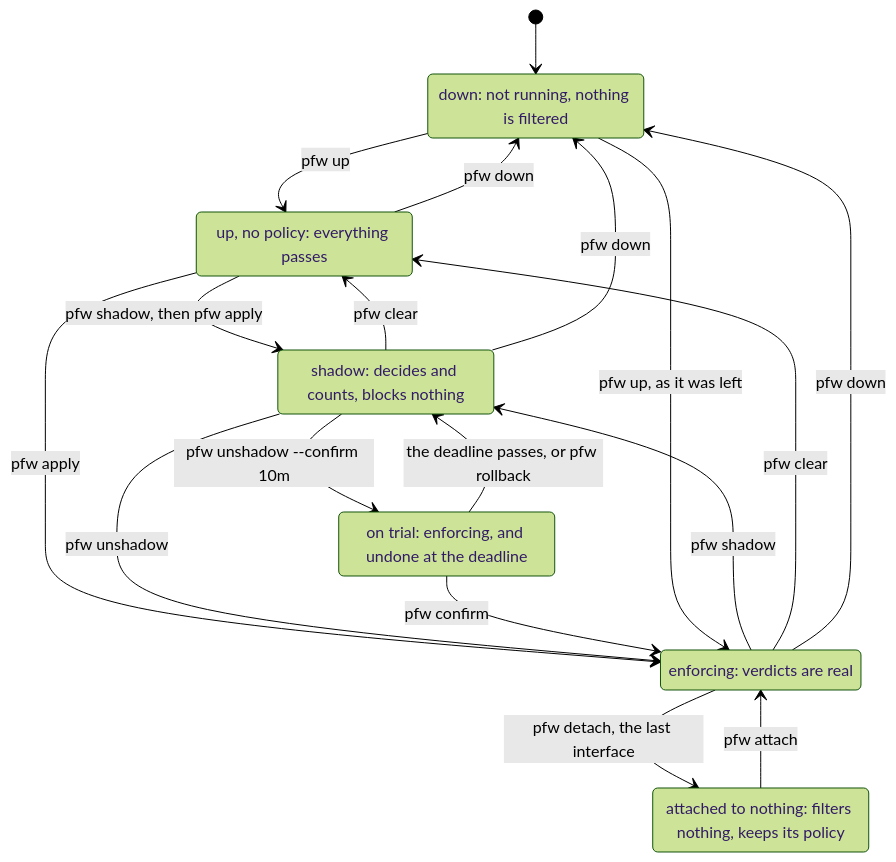
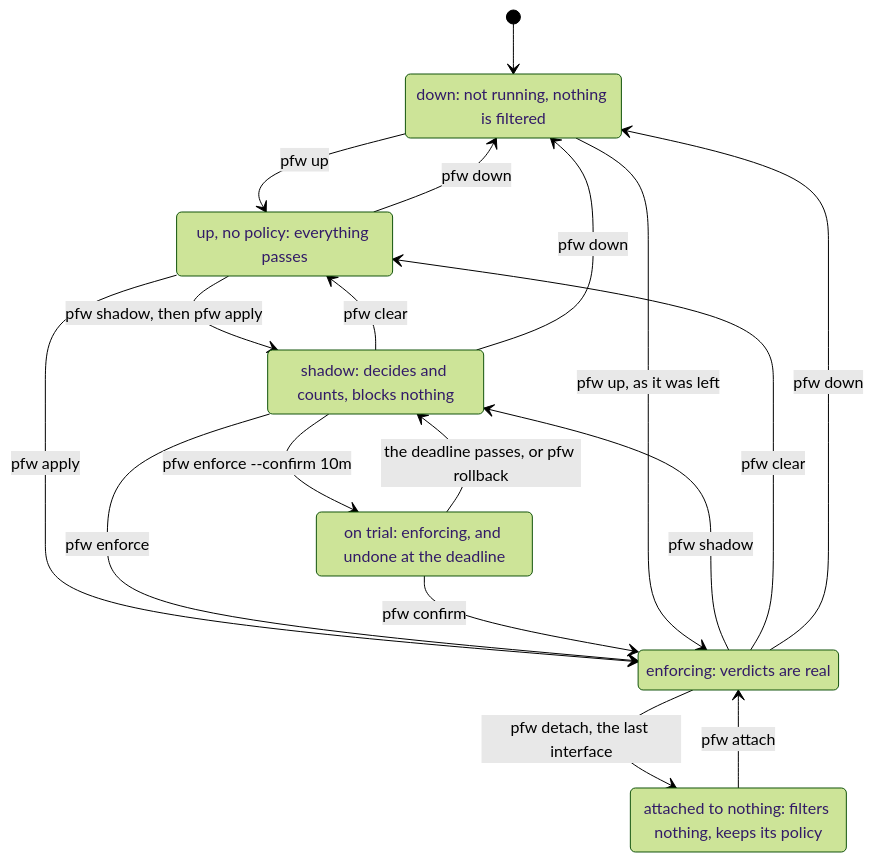
One commit to yeet-src/pfw changed the diagram in assets/states.mmd. Above: the diagram before and after it, drawn with Mermaid (forest theme). The commit also changed 43 other files, not shown here.

First line of the commit message:
several policies at once, each in a place of its own; pfw enforce; the newest pfw-core [bump:minor]

```diff
--- a/assets/states.mmd
+++ b/assets/states.mmd
@@ -1,28 +1,28 @@
 stateDiagram-v2
     [*] --> Down
     Down --> Passing: pfw up
     Passing --> Down: pfw down
 
     state "up, no policy: everything passes" as Passing
     state "shadow: decides and counts, blocks nothing" as Shadow
     state "enforcing: verdicts are real" as Enforcing
     state "on trial: enforcing, and undone at the deadline" as Trial
     state "attached to nothing: filters nothing, keeps its policy" as Detached
     state "down: not running, nothing is filtered" as Down
 
     Passing --> Shadow: pfw shadow, then pfw apply
     Passing --> Enforcing: pfw apply
-    Shadow --> Enforcing: pfw unshadow
-    Shadow --> Trial: pfw unshadow --confirm 10m
+    Shadow --> Enforcing: pfw enforce
+    Shadow --> Trial: pfw enforce --confirm 10m
     Trial --> Enforcing: pfw confirm
     Trial --> Shadow: the deadline passes, or pfw rollback
     Enforcing --> Shadow: pfw shadow
     Shadow --> Passing: pfw clear
     Enforcing --> Passing: pfw clear
 
     Enforcing --> Detached: pfw detach, the last interface
     Detached --> Enforcing: pfw attach
 
     Enforcing --> Down: pfw down
     Shadow --> Down: pfw down
     Down --> Enforcing: pfw up, as it was left
```
